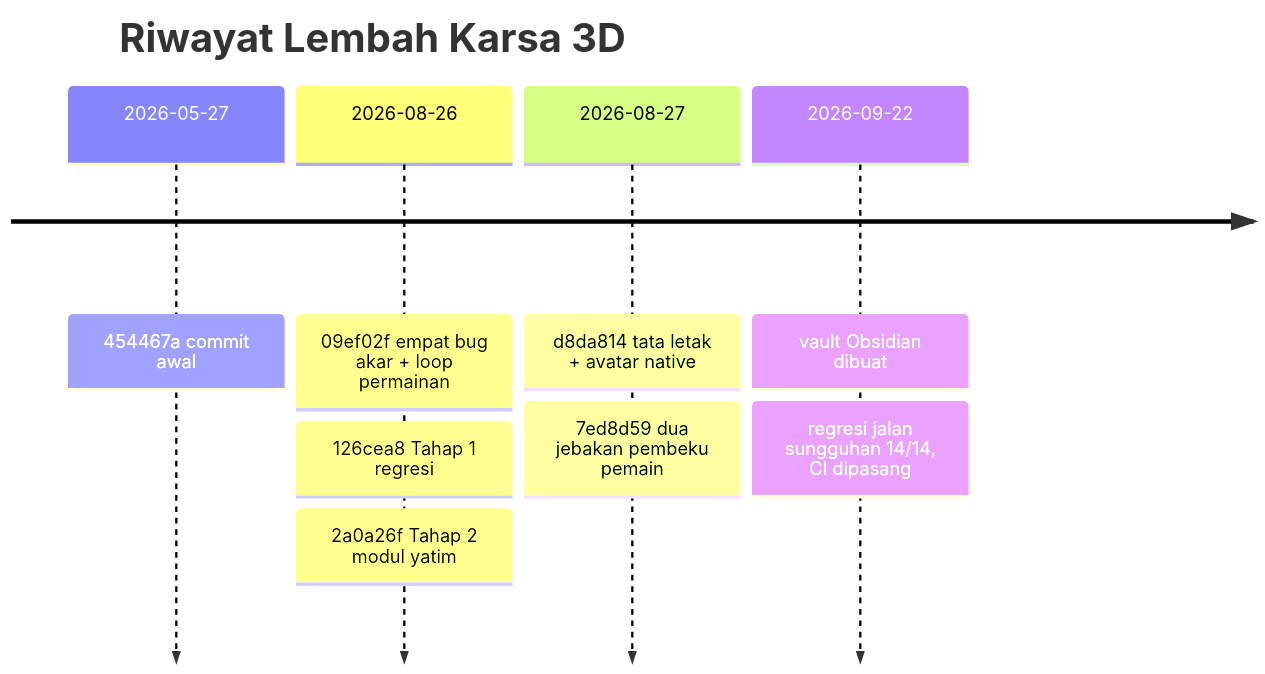
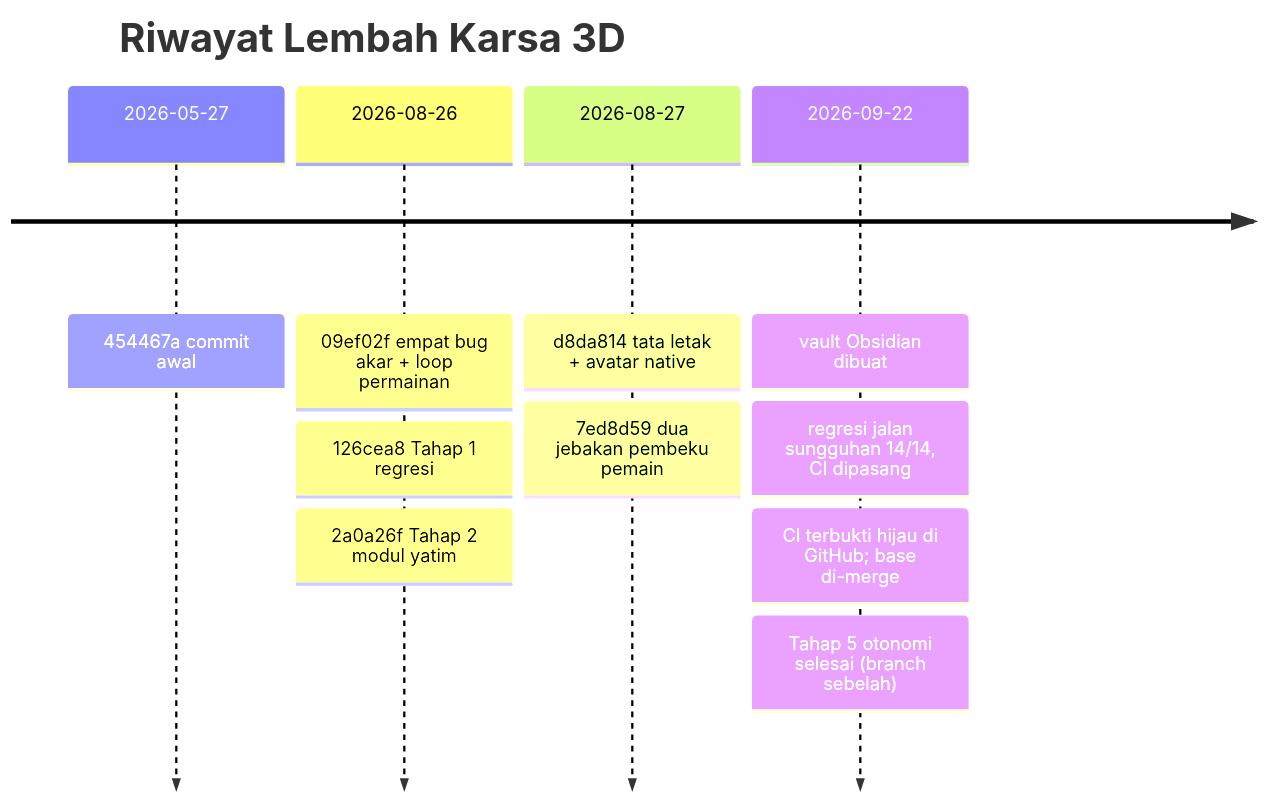
One commit to obdalamfa/karsa-Branch changed the diagram in obsidian/00-Peta/Peta Progres.md. Above: the diagram before and after it, drawn with Mermaid. The commit also changed other lines of this file and 7 other files, not shown here.

First line of the commit message:
Catat di vault: CI terbukti hijau, otonomi lunas, base ter-merge

````diff
--- a/obsidian/00-Peta/Peta Progres.md
+++ b/obsidian/00-Peta/Peta Progres.md
@@ -27,12 +32,14 @@
 ```mermaid
 timeline
     title Riwayat Lembah Karsa 3D
     2026-05-27 : 454467a commit awal
     2026-08-26 : 09ef02f empat bug akar + loop permainan
                : 126cea8 Tahap 1 regresi
                : 2a0a26f Tahap 2 modul yatim
     2026-08-27 : d8da814 tata letak + avatar native
                : 7ed8d59 dua jebakan pembeku pemain
     2026-09-22 : vault Obsidian dibuat
                : regresi jalan sungguhan 14/14, CI dipasang
+               : CI terbukti hijau di GitHub; base di-merge
+               : Tahap 5 otonomi selesai (branch sebelah)
 ```
````
